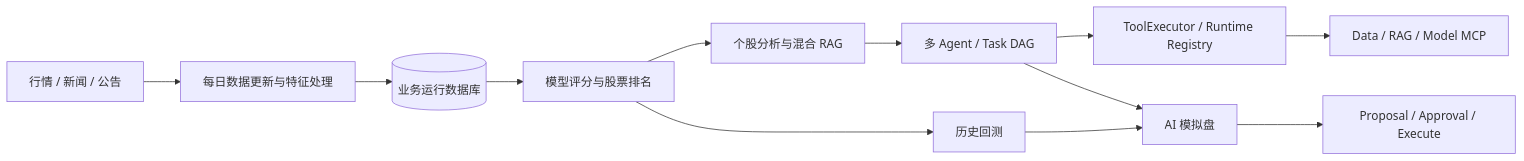
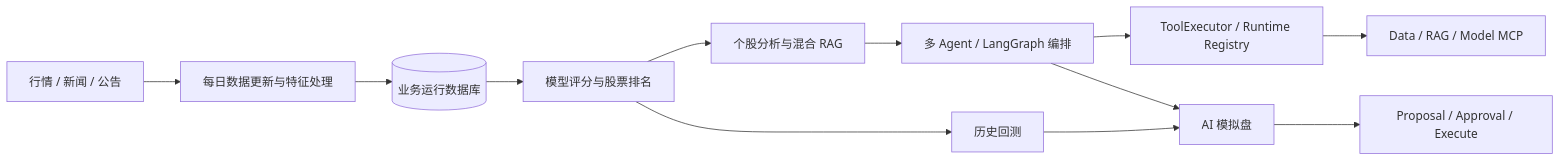
One commit to lxh-boop/stock-agent-platform changed the second of 3 diagrams in README.md. Above: the diagram before and after it, drawn with Mermaid. The commit also changed other lines of this file and 698 other files, not shown here.

First line of the commit message:
refactor!: 删除自研 agent 体系，LangGraph 成为唯一引擎

````diff
--- a/README.md
+++ b/README.md
@@ -99,14 +99,14 @@
 ```mermaid
 flowchart LR
     A["行情 / 新闻 / 公告"] --> B["每日数据更新与特征处理"]
     B --> C[("业务运行数据库")]
     C --> D["模型评分与股票排名"]
     D --> E["个股分析与混合 RAG"]
     D --> F["历史回测"]
-    E --> G["多 Agent / Task DAG"]
+    E --> G["多 Agent / LangGraph 编排"]
     G --> H["ToolExecutor / Runtime Registry"]
     H --> I["Data / RAG / Model MCP"]
     F --> J["AI 模拟盘"]
     G --> J
     J --> K["Proposal / Approval / Execute"]
 ```
````
